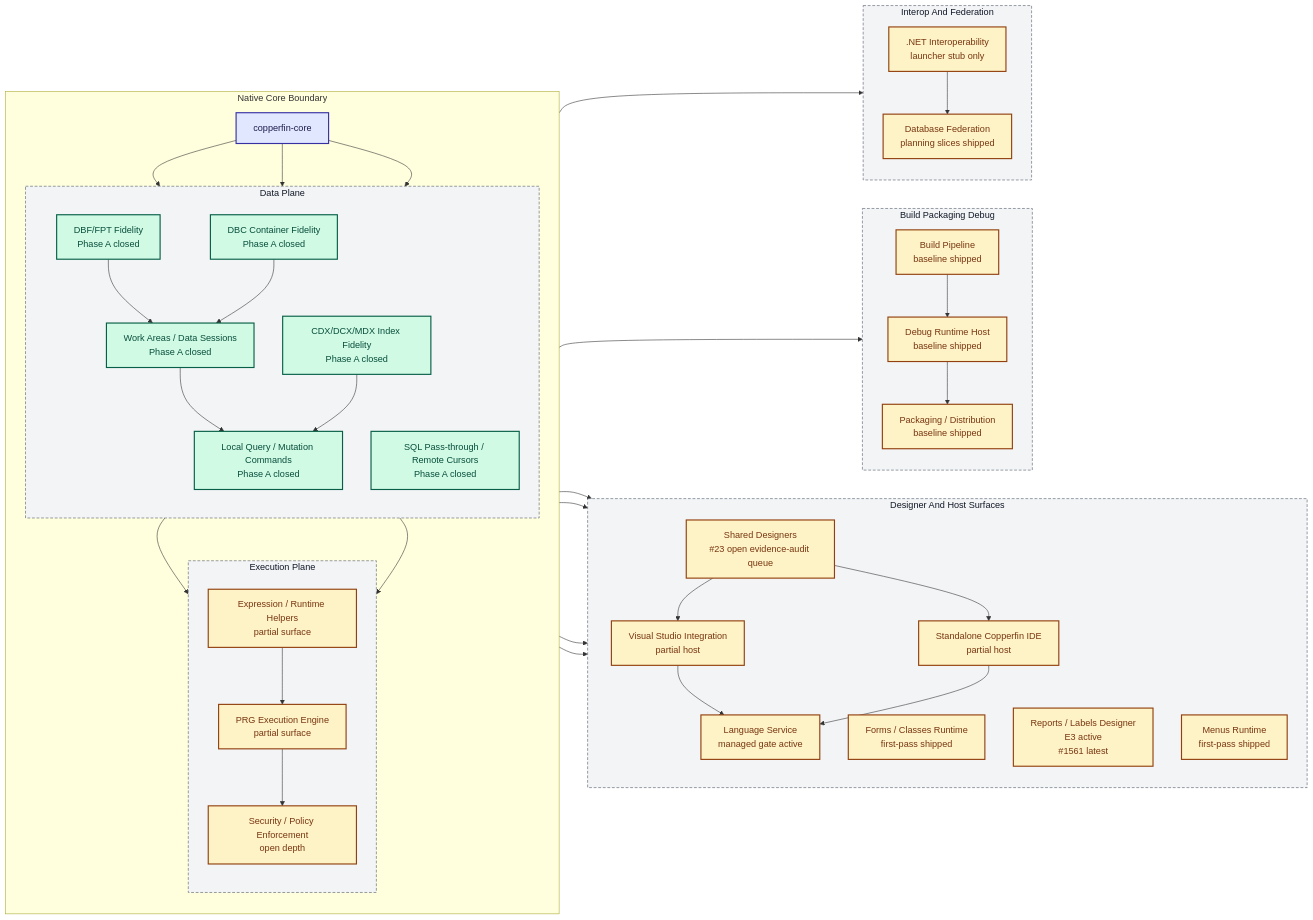
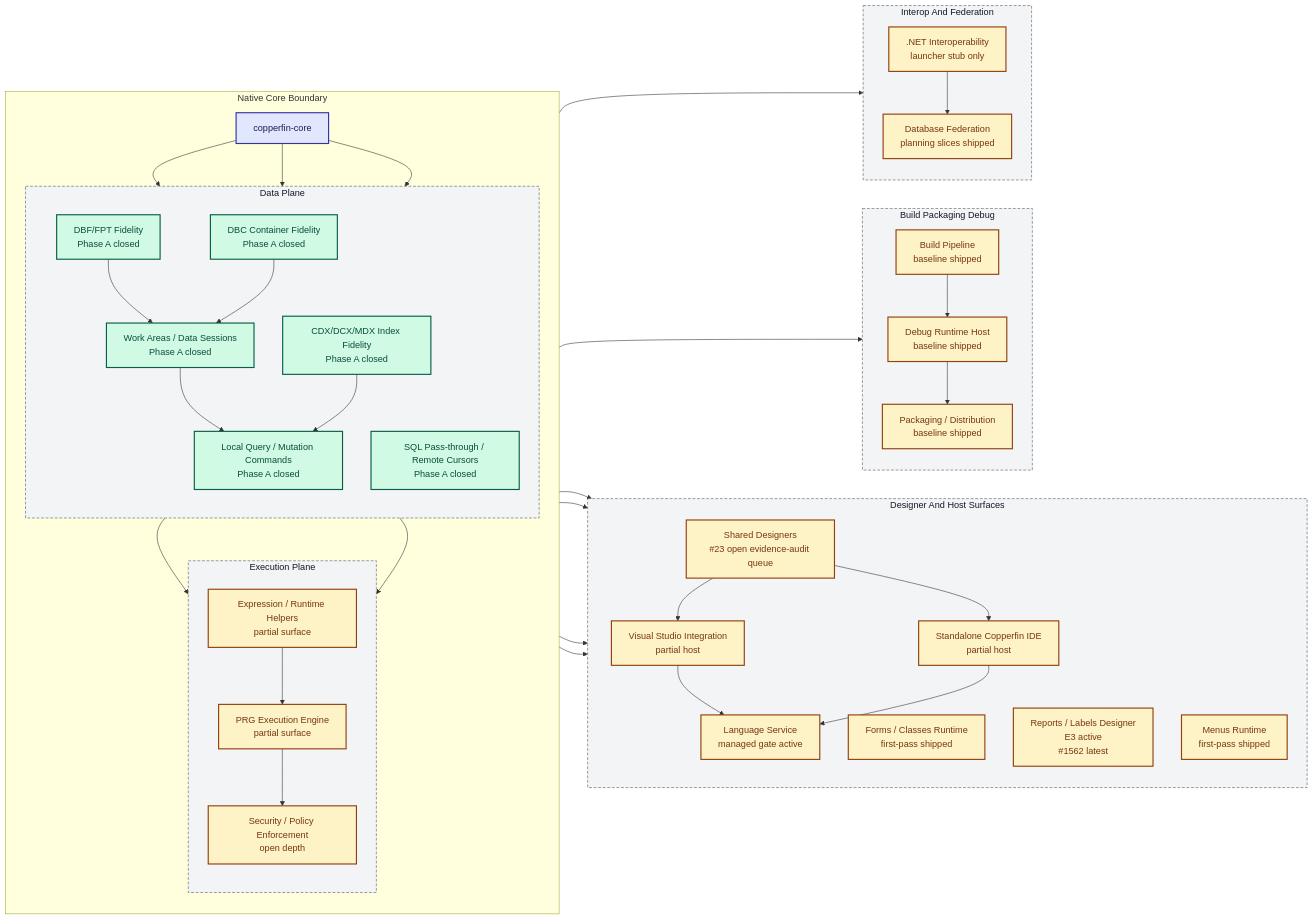
One commit to rhamenator/Project-Copperfin changed the diagram in docs/02-architecture.md. Above: the diagram before and after it, drawn with Mermaid. The commit also changed 6 other files, not shown here.

```diff
--- a/docs/02-architecture.md
+++ b/docs/02-architecture.md
@@ -36,7 +36,7 @@
         direction TB
         DES["Shared Designers<br/>#23 open evidence-audit queue"]
         FORMS["Forms / Classes Runtime<br/>first-pass shipped"]
-        RPT["Reports / Labels Designer<br/>E3 active<br/>#1561 latest"]
+        RPT["Reports / Labels Designer<br/>E3 active<br/>#1562 latest"]
         MENU["Menus Runtime<br/>first-pass shipped"]
         VS["Visual Studio Integration<br/>partial host"]
         IDE["Standalone Copperfin IDE<br/>partial host"]
```
